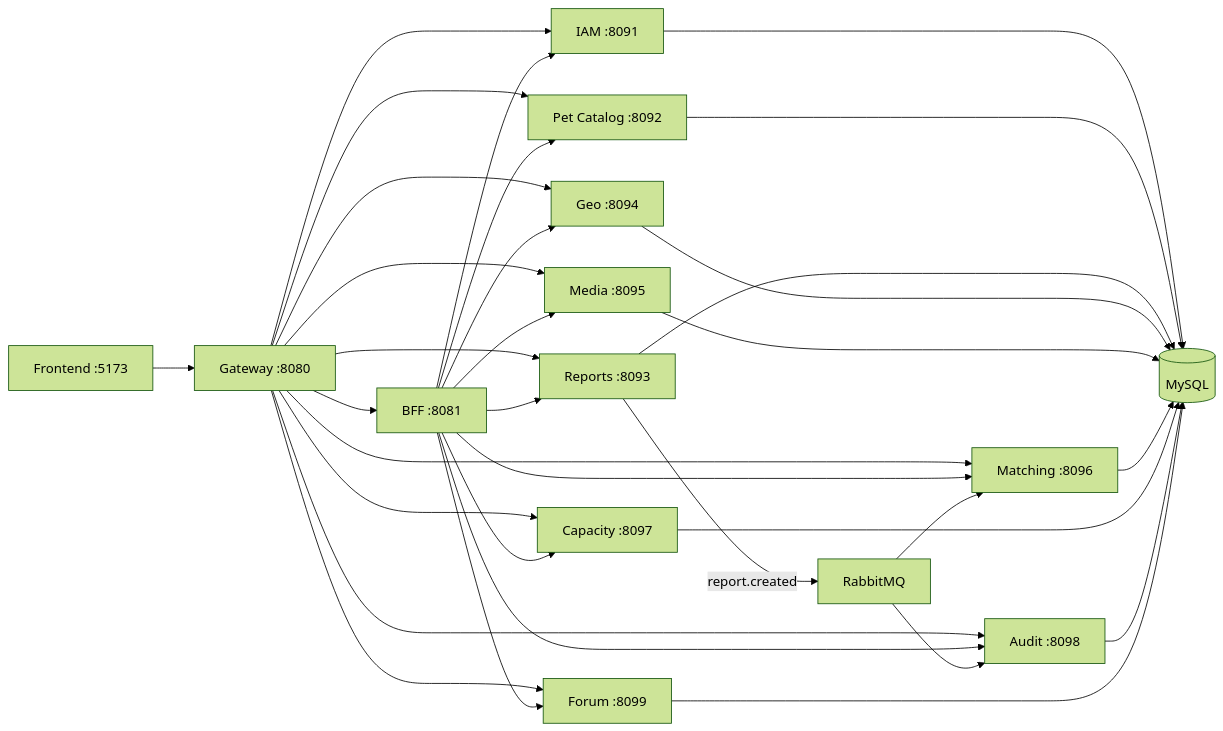
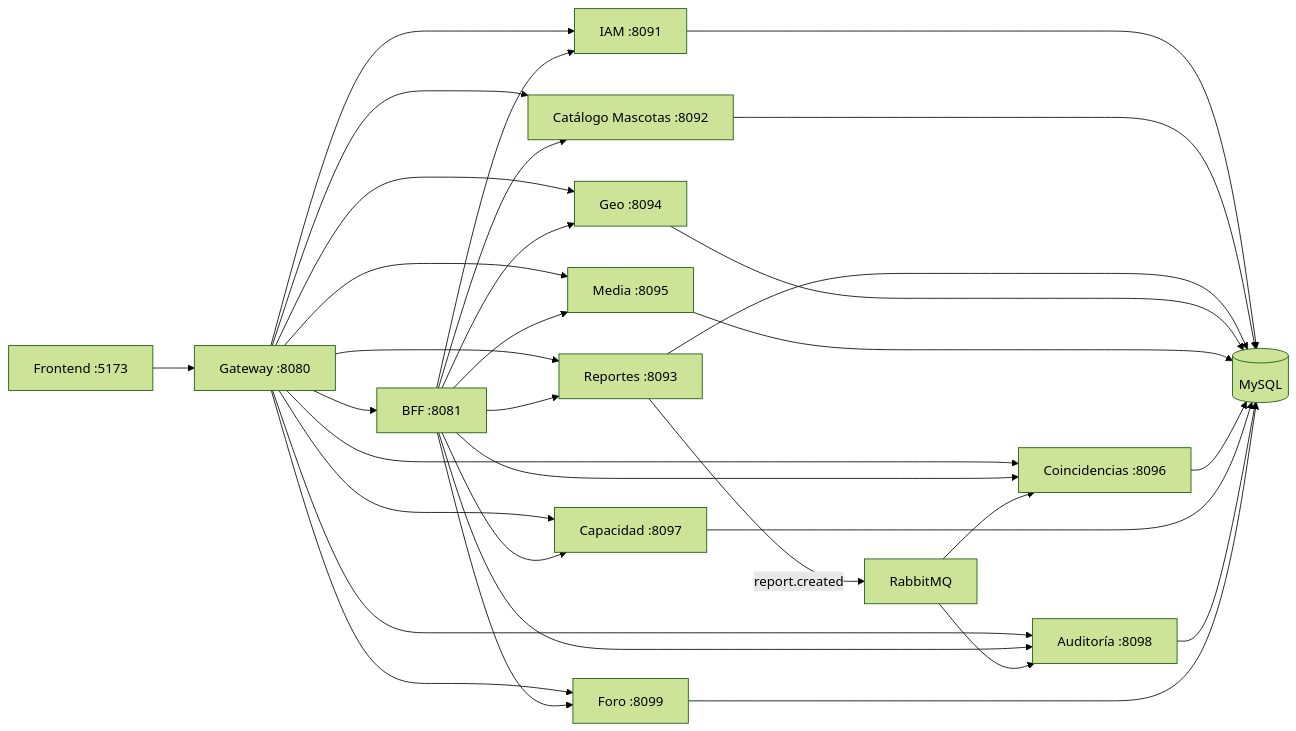
One commit to IgnacioLondono/Sanos--y--Salvos changed the diagram in README.md. Above: the diagram before and after it, drawn with Mermaid (forest theme). The commit also changed other lines of this file and 38 other files, not shown here.

````diff
--- a/README.md
+++ b/README.md
@@ -71,35 +71,35 @@
 ```mermaid
 flowchart LR
   FE[Frontend :5173] --> GW[Gateway :8080]
   GW --> BFF[BFF :8081]
   GW --> IAM[IAM :8091]
-  GW --> PET[Pet Catalog :8092]
-  GW --> REP[Reports :8093]
+  GW --> PET[Catálogo Mascotas :8092]
+  GW --> REP[Reportes :8093]
   GW --> GEO[Geo :8094]
   GW --> MED[Media :8095]
-  GW --> MAT[Matching :8096]
-  GW --> CAP[Capacity :8097]
-  GW --> AUD[Audit :8098]
-  GW --> FOR[Forum :8099]
+  GW --> MAT[Coincidencias :8096]
+  GW --> CAP[Capacidad :8097]
+  GW --> AUD[Auditoría :8098]
+  GW --> FOR[Foro :8099]
   BFF --> IAM
   BFF --> PET
   BFF --> REP
   BFF --> GEO
   BFF --> MED
   BFF --> MAT
   BFF --> CAP
   BFF --> AUD
   BFF --> FOR
   REP -->|report.created| RMQ[RabbitMQ]
   RMQ --> AUD
   RMQ --> MAT
   IAM --> DB[(MySQL)]
   PET --> DB
   REP --> DB
   GEO --> DB
   MED --> DB
   MAT --> DB
   CAP --> DB
   AUD --> DB
   FOR --> DB
 ```
````
